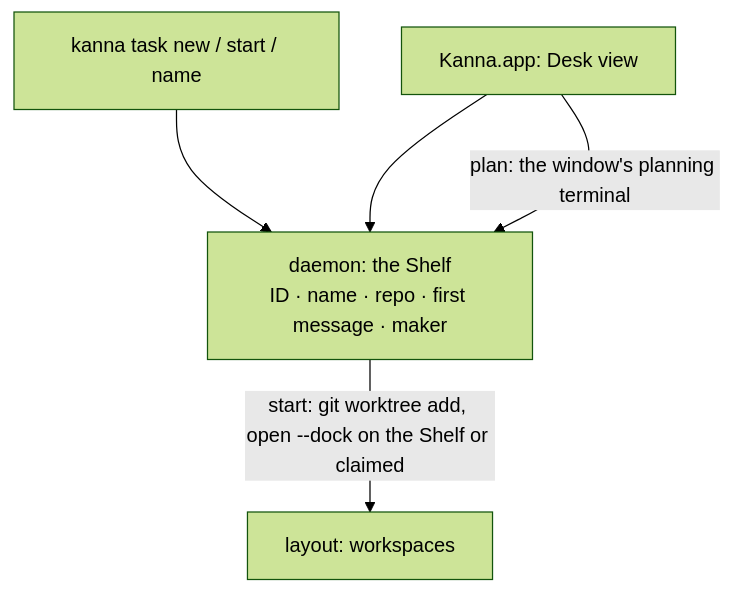
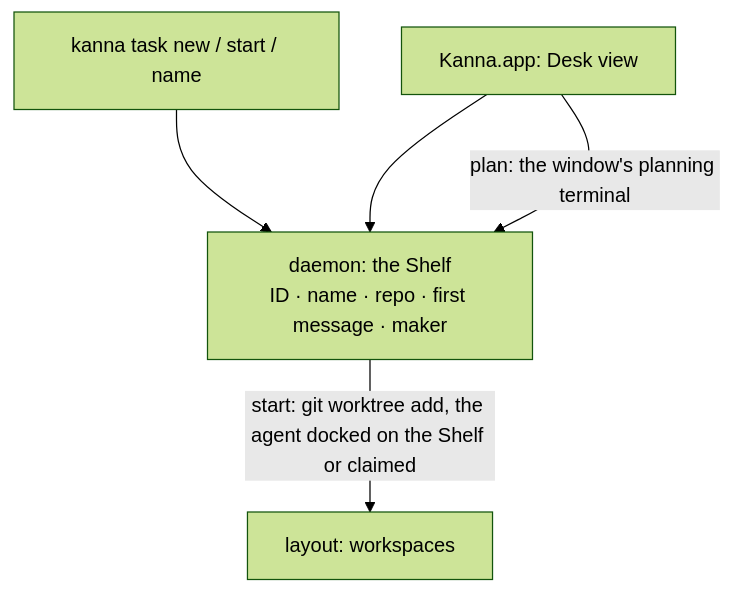
The second of 2 diagrams in docs/specs/tasks.md (tampopogk/kanna), drawn with Mermaid (forest theme) before and after one commit. The commit also changed other lines of this file and 24 other files, not shown here.

````diff
--- a/docs/specs/tasks.md
+++ b/docs/specs/tasks.md
@@ -148,7 +148,7 @@
 ```mermaid
 flowchart TB
     CLI["kanna task new / start / name"] --> D
     APP["Kanna.app: Desk view"] --> D
     APP -->|"plan: the window's planning terminal"| D
-    D["daemon: the Shelf<br/>ID · name · repo · first message · maker"] -->|"start: git worktree add, open --dock on the Shelf or claimed"| L["layout: workspaces"]
+    D["daemon: the Shelf<br/>ID · name · repo · first message · maker"] -->|"start: git worktree add, the agent docked on the Shelf or claimed"| L["layout: workspaces"]
 ```
````
